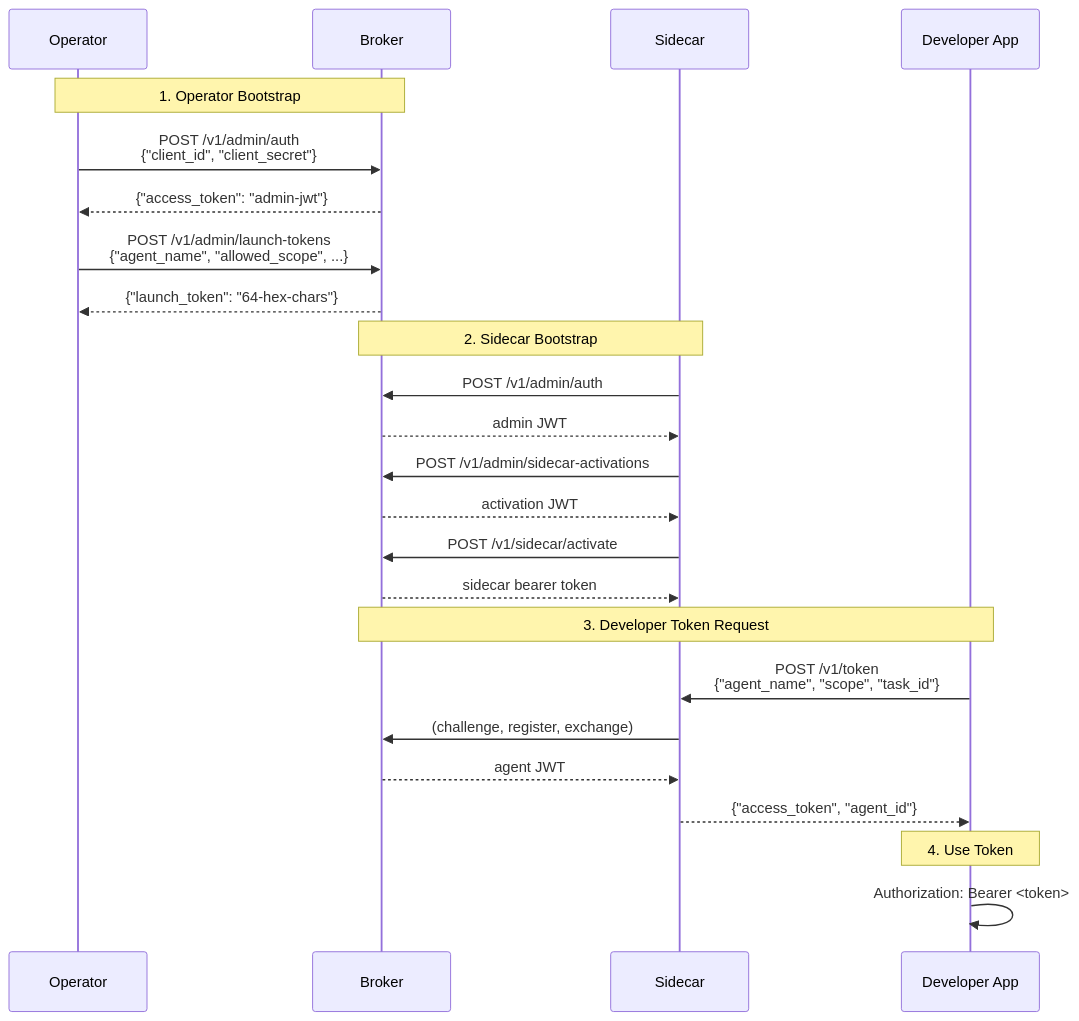
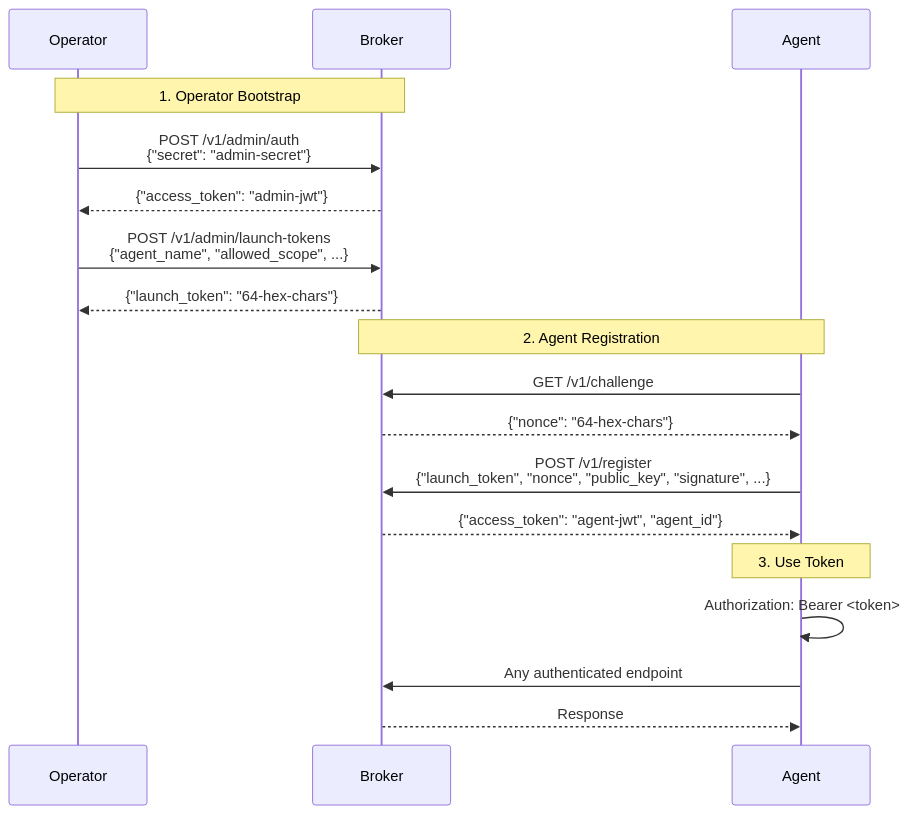
Before and after one commit to devonartis/agentwrit: the first of 2 diagrams in docs/api.md, drawn with Mermaid. The commit also changed other lines of this file and 21 other files, not shown here.

````diff
--- a/docs/api.md
+++ b/docs/api.md
@@ -44,31 +44,24 @@
 ```mermaid
 sequenceDiagram
     participant Admin as Operator
     participant BR as Broker
-    participant SC as Sidecar
-    participant DEV as Developer App
+    participant Agent as Agent
 
     Note over Admin,BR: 1. Operator Bootstrap
-    Admin->>BR: POST /v1/admin/auth<br/>{"client_id", "client_secret"}
+    Admin->>BR: POST /v1/admin/auth<br/>{"secret": "admin-secret"}
     BR-->>Admin: {"access_token": "admin-jwt"}
 
     Admin->>BR: POST /v1/admin/launch-tokens<br/>{"agent_name", "allowed_scope", ...}
     BR-->>Admin: {"launch_token": "64-hex-chars"}
 
-    Note over SC,BR: 2. Sidecar Bootstrap
-    SC->>BR: POST /v1/admin/auth
-    BR-->>SC: admin JWT
-    SC->>BR: POST /v1/admin/sidecar-activations
-    BR-->>SC: activation JWT
-    SC->>BR: POST /v1/sidecar/activate
-    BR-->>SC: sidecar bearer token
+    Note over Agent,BR: 2. Agent Registration
+    Agent->>BR: GET /v1/challenge
+    BR-->>Agent: {"nonce": "64-hex-chars"}
+    Agent->>BR: POST /v1/register<br/>{"launch_token", "nonce", "public_key", "signature", ...}
+    BR-->>Agent: {"access_token": "agent-jwt", "agent_id"}
 
-    Note over DEV,BR: 3. Developer Token Request
-    DEV->>SC: POST /v1/token<br/>{"agent_name", "scope", "task_id"}
-    SC->>BR: (challenge, register, exchange)
-    BR-->>SC: agent JWT
-    SC-->>DEV: {"access_token", "agent_id"}
-
-    Note over DEV: 4. Use Token
-    DEV->>DEV: Authorization: Bearer <token>
+    Note over Agent: 3. Use Token
+    Agent->>Agent: Authorization: Bearer <token>
+    Agent->>BR: Any authenticated endpoint
+    BR-->>Agent: Response
 ```
````
